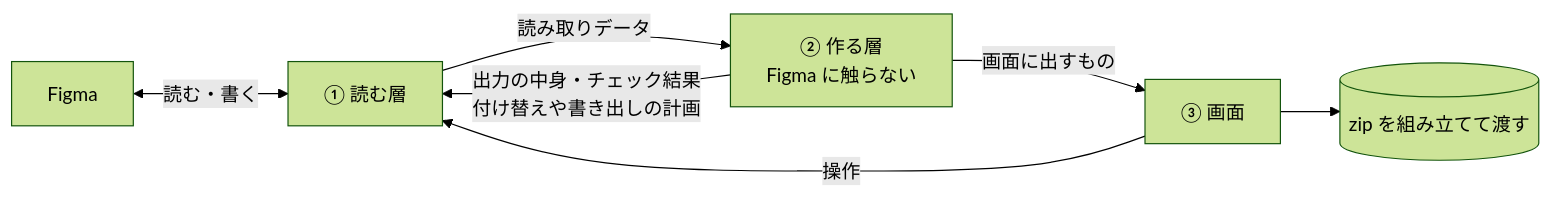
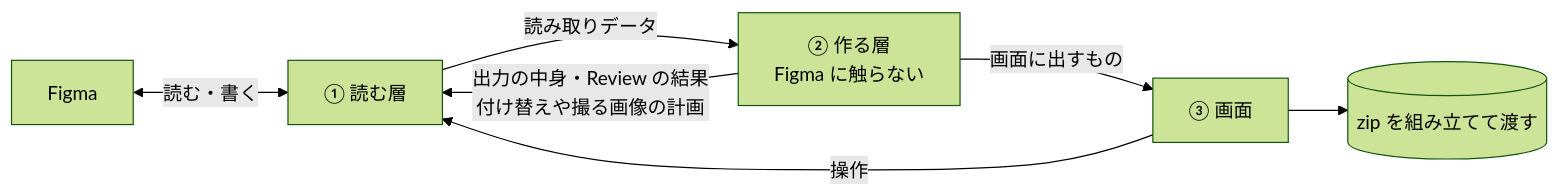
Before and after one commit to lovaizu/telldes: the second of 2 diagrams in docs/design.md, drawn with Mermaid (forest theme). The commit also changed other lines of this file, not shown here.

Commit message:
docs: call plugin actions by their button names (Setup, Review, Export, Light / Dark)

````diff
--- a/docs/design.md
+++ b/docs/design.md
@@ -53,9 +53,9 @@
 ```mermaid
 flowchart LR
     F["Figma"] <-->|"読む・書く"| R["① 読む層"]
     R -->|"読み取りデータ"| M["② 作る層<br/>Figma に触らない"]
-    M -->|"出力の中身・チェック結果<br/>付け替えや書き出しの計画"| R
+    M -->|"出力の中身・Review の結果<br/>付け替えや撮る画像の計画"| R
     M -->|"画面に出すもの"| UI["③ 画面"]
     UI -->|"操作"| R
     UI --> Z[("zip を組み立てて渡す")]
 ```
````
